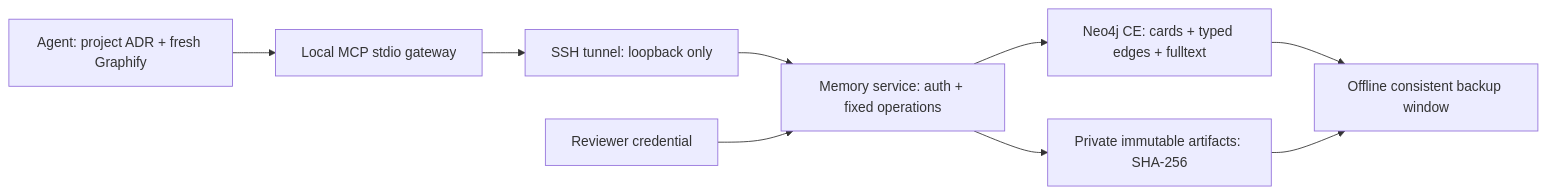
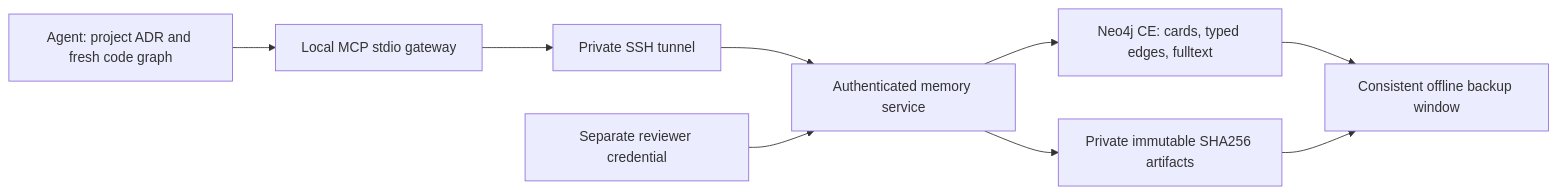
The diagram in docs/memory/architecture.md (zxc0zxc0zxc/palarran-framework), drawn with Mermaid before and after one commit. The commit also changed other lines of this file and 783 other files, not shown here.

````diff
--- a/docs/memory/architecture.md
+++ b/docs/memory/architecture.md
@@ -3,11 +3,11 @@
 ```mermaid
 flowchart LR
-  A["Agent: project ADR + fresh Graphify"] --> M["Local MCP stdio gateway"]
-  M --> T["SSH tunnel: loopback only"]
-  T --> S["Memory service: auth + fixed operations"]
-  S --> N["Neo4j CE: cards + typed edges + fulltext"]
-  S --> F["Private immutable artifacts: SHA-256"]
-  R["Reviewer credential"] --> S
-  N --> B["Offline consistent backup window"]
+  A["Agent: project ADR and fresh code graph"] --> M["Local MCP stdio gateway"]
+  M --> T["Private SSH tunnel"]
+  T --> S["Authenticated memory service"]
+  S --> N["Neo4j CE: cards, typed edges, fulltext"]
+  S --> F["Private immutable SHA256 artifacts"]
+  R["Separate reviewer credential"] --> S
+  N --> B["Consistent offline backup window"]
   F --> B
 ```
````
